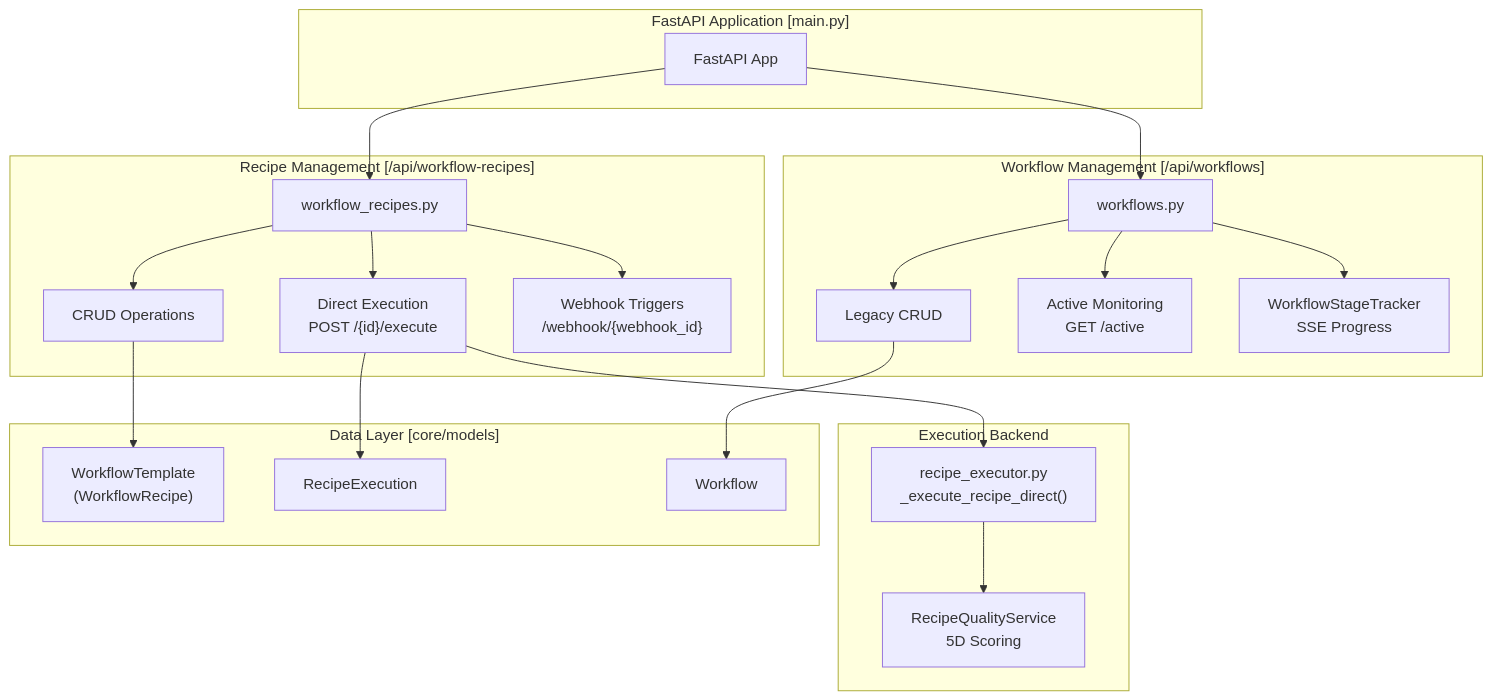
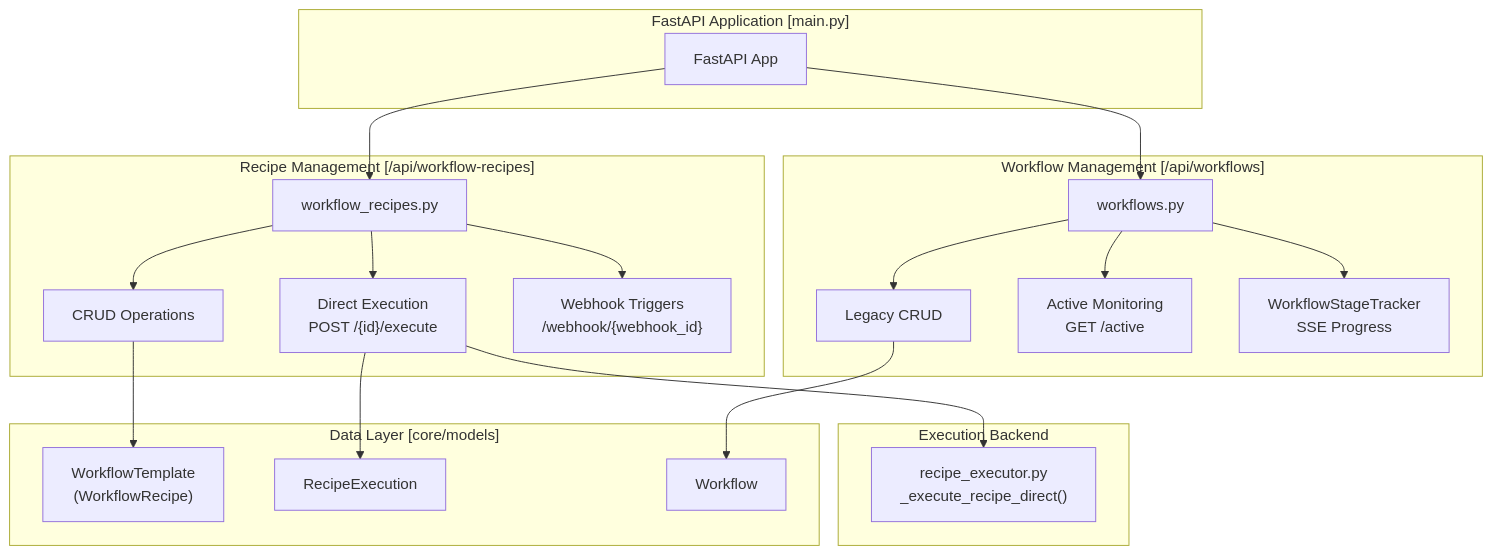
One commit to AutomatosAI/automatos-ai changed the first of 3 diagrams in docs/workflows-recipes/workflow-api-reference.md. Above: the diagram before and after it, drawn with Mermaid. The commit also changed other lines of this file and 153 other files, not shown here.

````diff
--- a/docs/workflows-recipes/workflow-api-reference.md
+++ b/docs/workflows-recipes/workflow-api-reference.md
@@ -31,49 +37,47 @@
 ```mermaid
 graph TB
     subgraph "FastAPI Application [main.py]"
         Main["FastAPI App"]
     end
     
     subgraph "Recipe Management [/api/workflow-recipes]"
         RecipeRouter["workflow_recipes.py"]
         RecipeCRUD["CRUD Operations"]
         RecipeExec["Direct Execution<br/>POST /{id}/execute"]
         RecipeWebhooks["Webhook Triggers<br/>/webhook/{webhook_id}"]
         
         RecipeRouter --> RecipeCRUD
         RecipeRouter --> RecipeExec
         RecipeRouter --> RecipeWebhooks
     end
     
     subgraph "Workflow Management [/api/workflows]"
         WorkflowRouter["workflows.py"]
         WorkflowCRUD["Legacy CRUD"]
         WorkflowActive["Active Monitoring<br/>GET /active"]
         WorkflowTracker["WorkflowStageTracker<br/>SSE Progress"]
         
         WorkflowRouter --> WorkflowCRUD
         WorkflowRouter --> WorkflowActive
         WorkflowRouter --> WorkflowTracker
     end
     
     subgraph "Execution Backend"
         RecipeExecutor["recipe_executor.py<br/>_execute_recipe_direct()"]
-        QualityService["RecipeQualityService<br/>5D Scoring"]
         
         RecipeExec --> RecipeExecutor
-        RecipeExecutor --> QualityService
     end
     
     subgraph "Data Layer [core/models]"
         WorkflowRecipeModel["WorkflowTemplate<br/>(WorkflowRecipe)"]
         RecipeExecutionModel["RecipeExecution"]
         WorkflowModel["Workflow"]
         
         RecipeCRUD --> WorkflowRecipeModel
         RecipeExec --> RecipeExecutionModel
         WorkflowCRUD --> WorkflowModel
     end
     
     Main --> RecipeRouter
     Main --> WorkflowRouter
 ```
````
